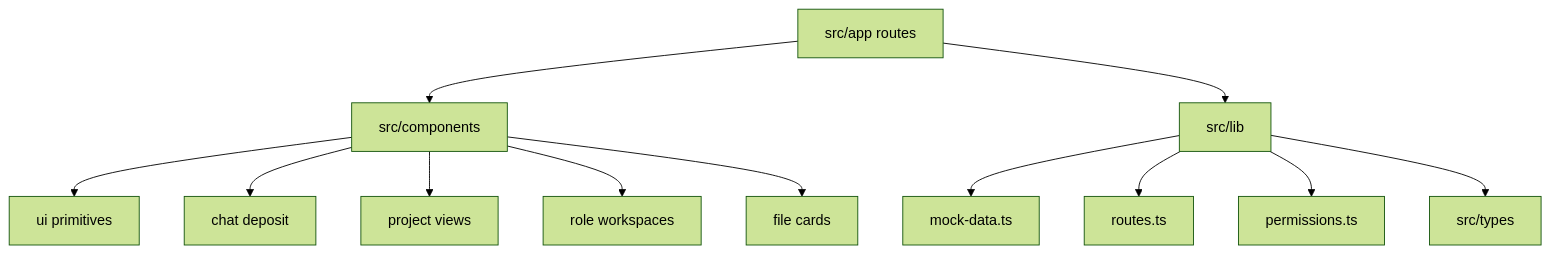
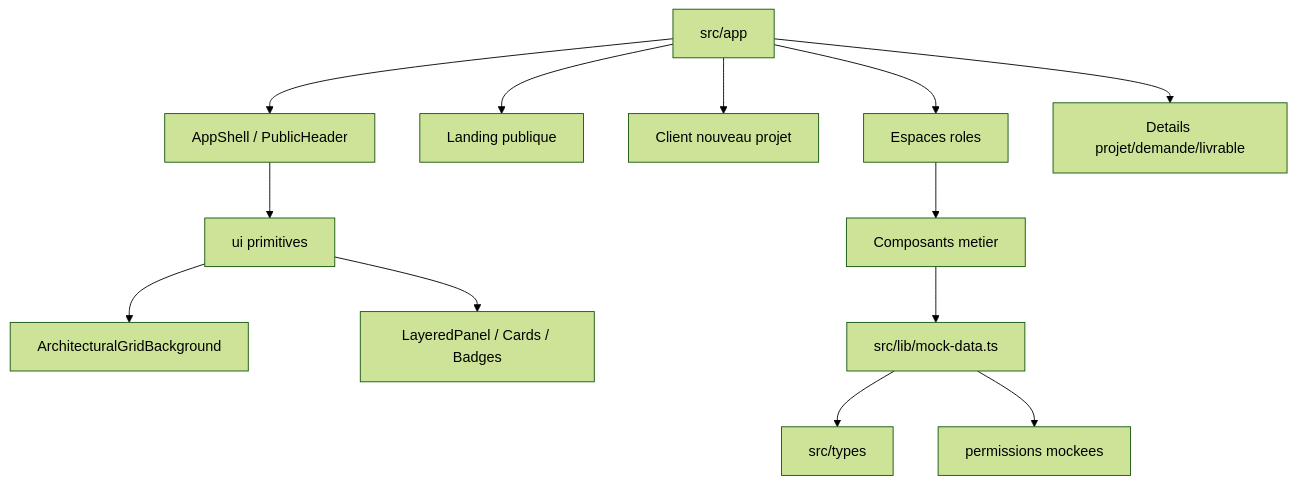
Before and after one commit to RAYAN-DOB/vellum: the diagram in docs/app-architecture.md, drawn with Mermaid (forest theme). The commit also changed other lines of this file and 42 other files, not shown here.

Commit message:
Rebuild visual identity with architectural premium UI

````diff
--- a/docs/app-architecture.md
+++ b/docs/app-architecture.md
@@ -16,14 +16,15 @@
 ```mermaid
 flowchart TD
-  App["src/app routes"] --> Components["src/components"]
-  Components --> UI["ui primitives"]
-  Components --> Chat["chat deposit"]
-  Components --> Project["project views"]
-  Components --> Roles["role workspaces"]
-  Components --> Files["file cards"]
-  App --> Lib["src/lib"]
-  Lib --> MockData["mock-data.ts"]
-  Lib --> Routes["routes.ts"]
-  Lib --> Permissions["permissions.ts"]
-  Lib --> Types["src/types"]
+  Routes["src/app"] --> Shell["AppShell / PublicHeader"]
+  Routes --> Landing["Landing publique"]
+  Routes --> ClientChat["Client nouveau projet"]
+  Routes --> Workspaces["Espaces roles"]
+  Routes --> Details["Details projet/demande/livrable"]
+  Shell --> UI["ui primitives"]
+  UI --> Grid["ArchitecturalGridBackground"]
+  UI --> Panels["LayeredPanel / Cards / Badges"]
+  Workspaces --> Domain["Composants metier"]
+  Domain --> MockData["src/lib/mock-data.ts"]
+  MockData --> Types["src/types"]
+  MockData --> Permissions["permissions mockees"]
 ```
````
